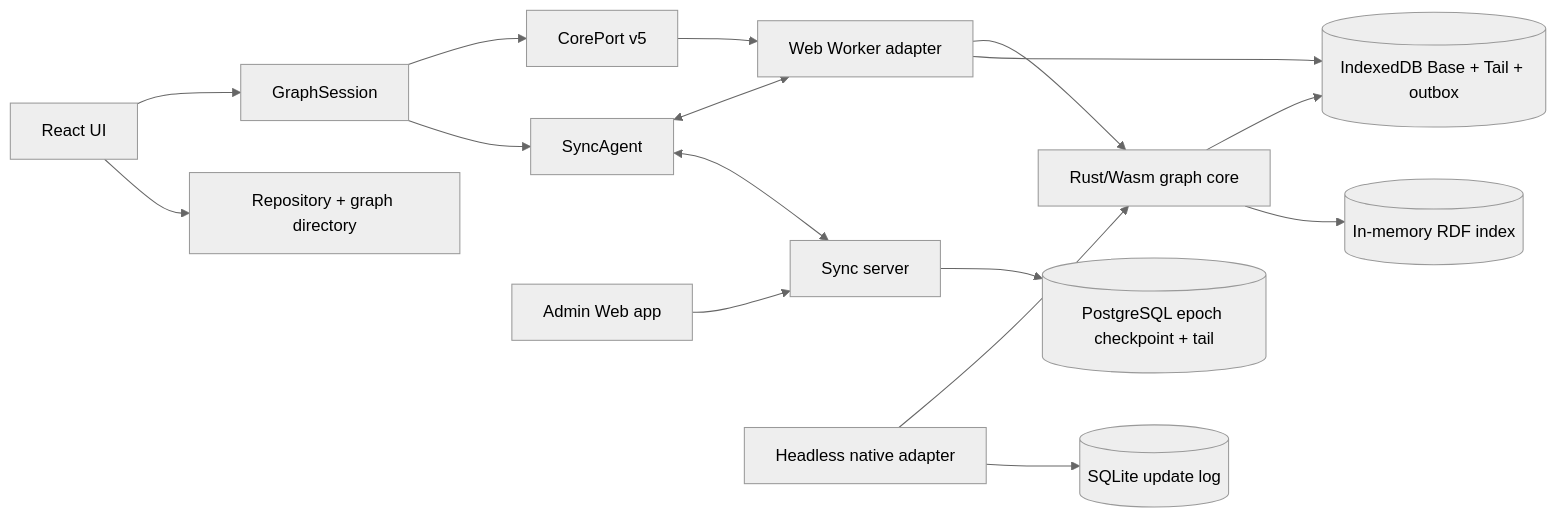
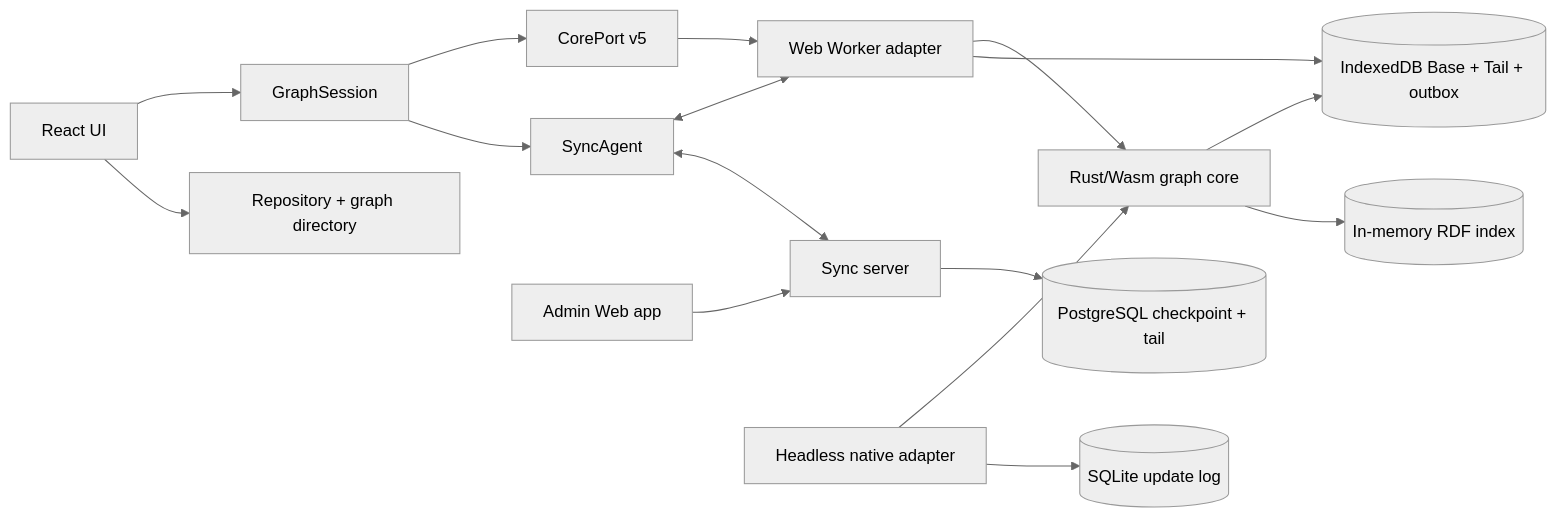
The diagram in ARCHITECTURE.md (waneon/neoseq), drawn with Mermaid (neutral theme) before and after one commit. The commit also changed other lines of this file and 34 other files, not shown here.

````diff
--- a/ARCHITECTURE.md
+++ b/ARCHITECTURE.md
@@ -43,21 +43,21 @@
 ```mermaid
 flowchart LR
     UI[React UI] --> Session[GraphSession]
     UI --> Directory[Repository + graph directory]
     Session --> Port[CorePort v5]
     Session --> Agent[SyncAgent]
     Port --> Worker[Web Worker adapter]
     Worker --> Core[Rust/Wasm graph core]
     Worker --> Store[(IndexedDB Base + Tail + outbox)]
     Core --> Store
     Core --> Index[(In-memory RDF index)]
 
     Agent <--> Worker
     Agent <--> Sync[Sync server]
-    Sync --> Postgres[(PostgreSQL epoch checkpoint + tail)]
+    Sync --> Postgres[(PostgreSQL checkpoint + tail)]
 
     Admin[Admin Web app] --> Sync
 
     Native[Headless native adapter] --> Core
     Native --> SQLite[(SQLite update log)]
 ```
````
